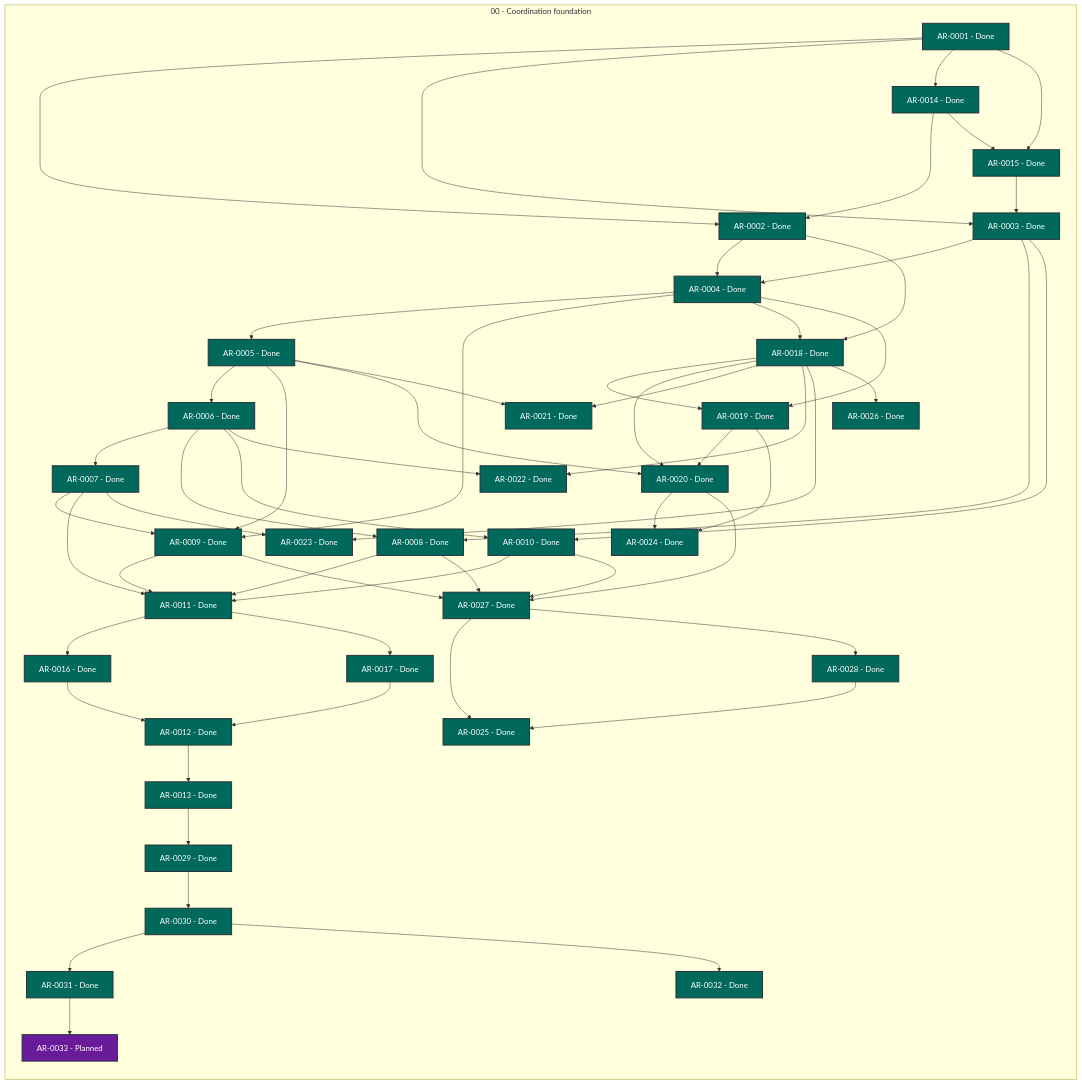
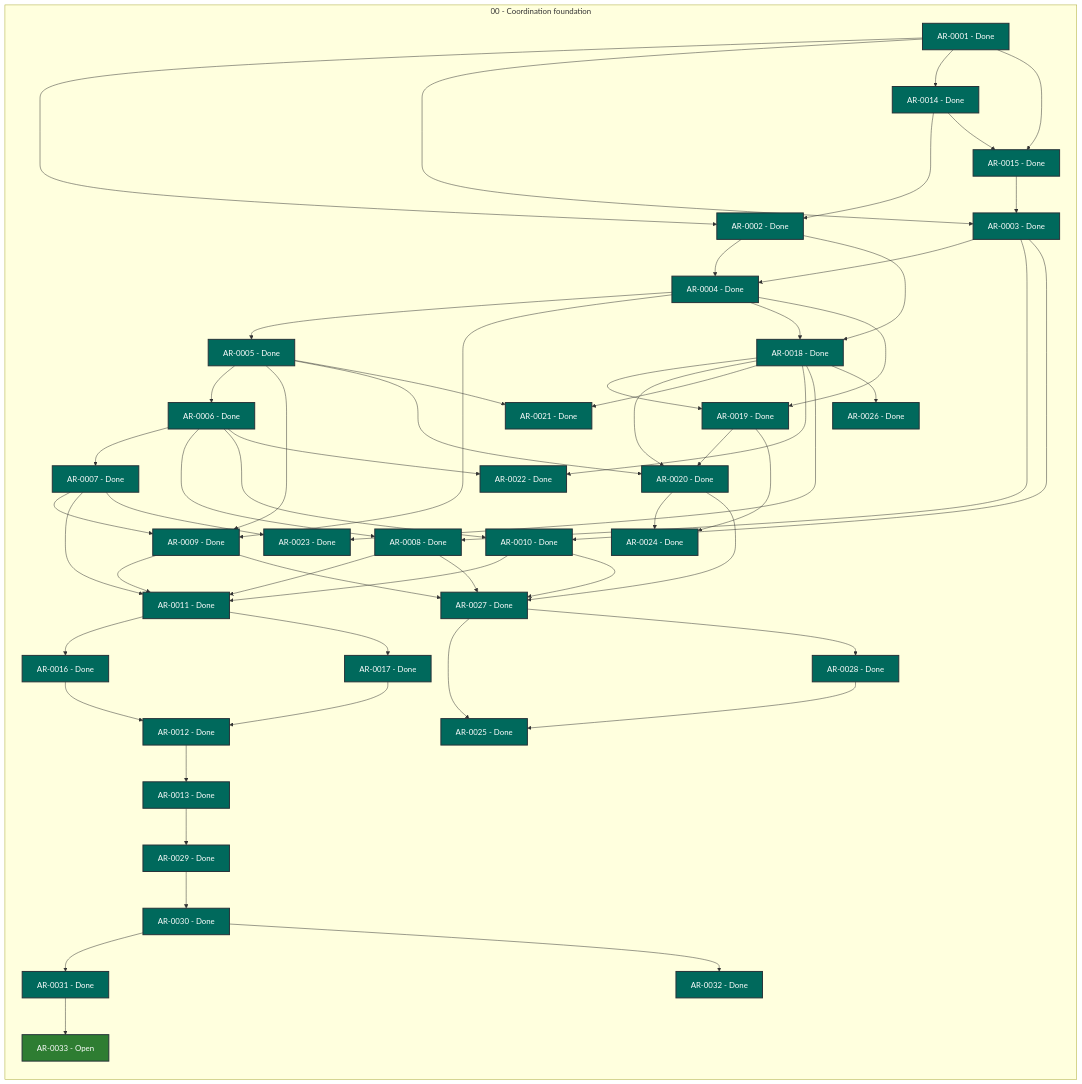
Before and after one commit to martin-beck/agent-workflow-tui-state: the diagram in STATUS.md, drawn with Mermaid. The commit also changed other lines of this file and 2 other files, not shown here.

```diff
--- a/STATUS.md
+++ b/STATUS.md
@@ -60,7 +60,7 @@
         AR_0030["AR-0030 - Done"]:::status_done
         AR_0031["AR-0031 - Done"]:::status_done
         AR_0032["AR-0032 - Done"]:::status_done
-        AR_0033["AR-0033 - Planned"]:::status_planned
+        AR_0033["AR-0033 - Open"]:::status_open
     end
     AR_0001 --> AR_0002
     AR_0001 --> AR_0003
```
